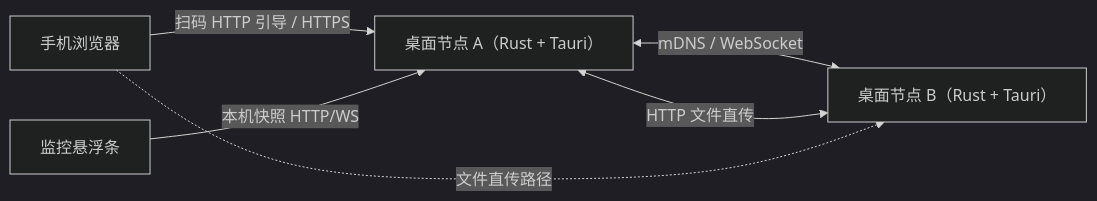
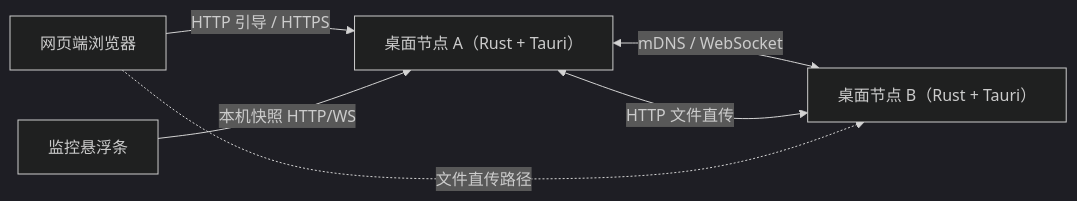
Before and after one commit to yangjinming1062/MeshShare: the first of 5 diagrams in docs/ARCHITECTURE_MAP.md, drawn with Mermaid (dark theme). The commit also changed other lines of this file and 13 other files, not shown here.

````diff
--- a/docs/ARCHITECTURE_MAP.md
+++ b/docs/ARCHITECTURE_MAP.md
@@ -5,8 +5,8 @@
 ```mermaid
 flowchart LR
   A["桌面节点 A（Rust + Tauri）"] <-->|mDNS / WebSocket| B["桌面节点 B（Rust + Tauri）"]
   A <-->|HTTP 文件直传| B
-  P["手机浏览器"] -->|扫码 HTTP 引导 / HTTPS| A
+  P["网页端浏览器"] -->|HTTP 引导 / HTTPS| A
   P -.->|文件直传路径| B
   M["监控悬浮条"] -->|本机快照 HTTP/WS| A
 ```
````
